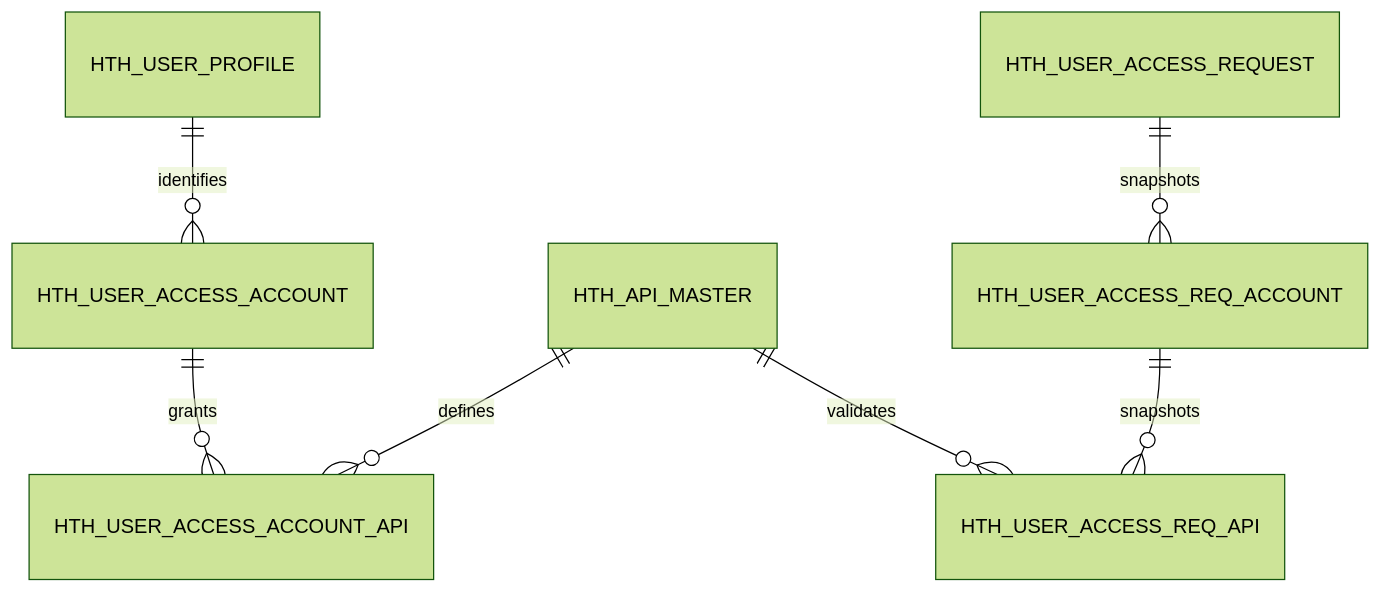
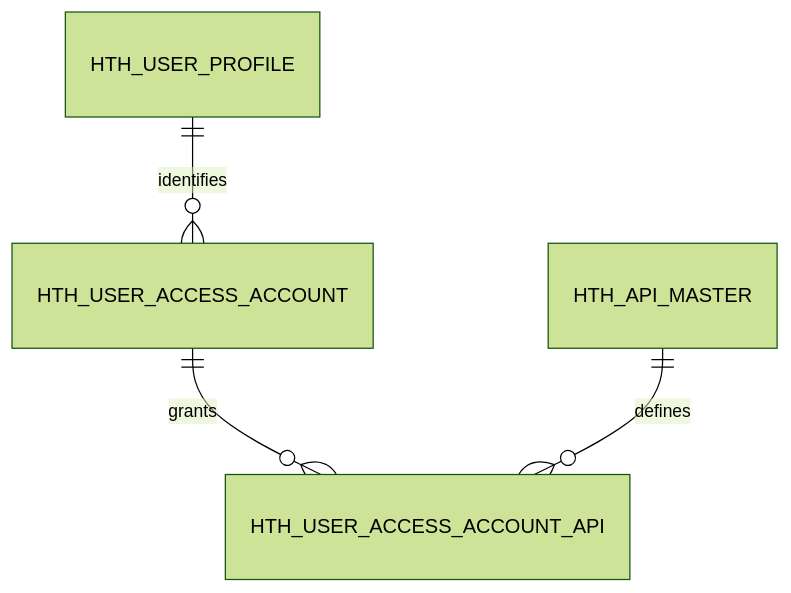
The third of 3 diagrams in story/User Accounts & Services Access/BCOH2H-595-TECHNICAL-DESIGN.md (BEA-WilliamWu/mcdp-h5-demo-int), drawn with Mermaid (forest theme) before and after one commit. The commit also changed other lines of this file and 7 other files, not shown here.

````diff
--- a/story/User Accounts & Services Access/BCOH2H-595-TECHNICAL-DESIGN.md
+++ b/story/User Accounts & Services Access/BCOH2H-595-TECHNICAL-DESIGN.md
@@ -456,9 +453,6 @@
 ```mermaid
 erDiagram
     HTH_USER_PROFILE ||--o{ HTH_USER_ACCESS_ACCOUNT : identifies
     HTH_USER_ACCESS_ACCOUNT ||--o{ HTH_USER_ACCESS_ACCOUNT_API : grants
     HTH_API_MASTER ||--o{ HTH_USER_ACCESS_ACCOUNT_API : defines
-    HTH_USER_ACCESS_REQUEST ||--o{ HTH_USER_ACCESS_REQ_ACCOUNT : snapshots
-    HTH_USER_ACCESS_REQ_ACCOUNT ||--o{ HTH_USER_ACCESS_REQ_API : snapshots
-    HTH_API_MASTER ||--o{ HTH_USER_ACCESS_REQ_API : validates
 ```
````
